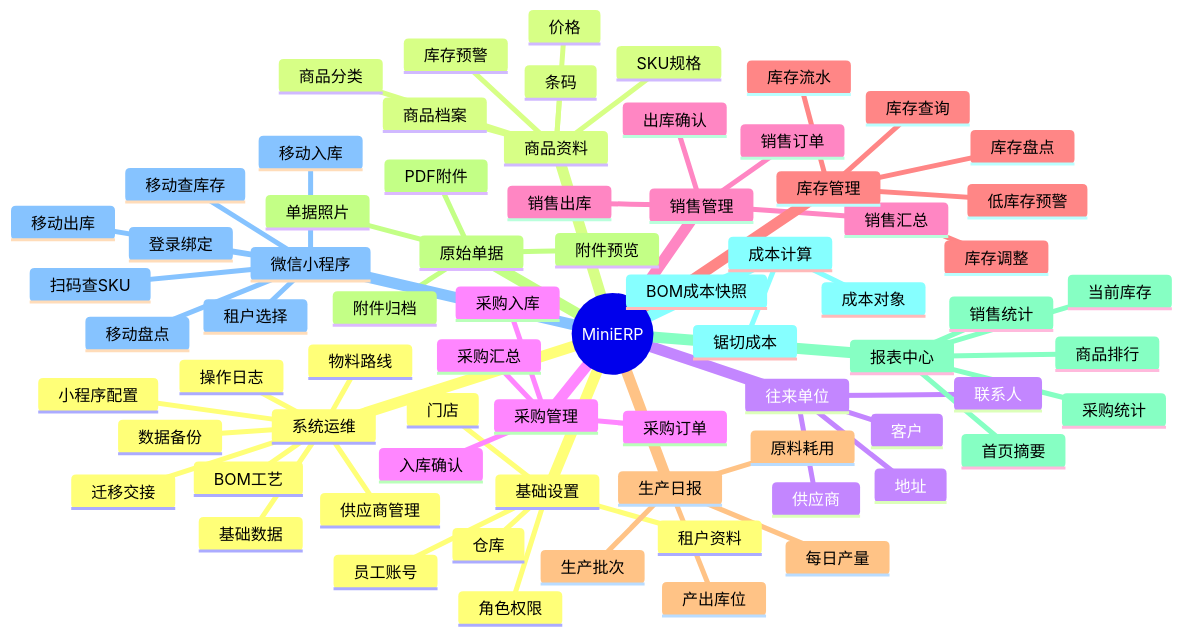
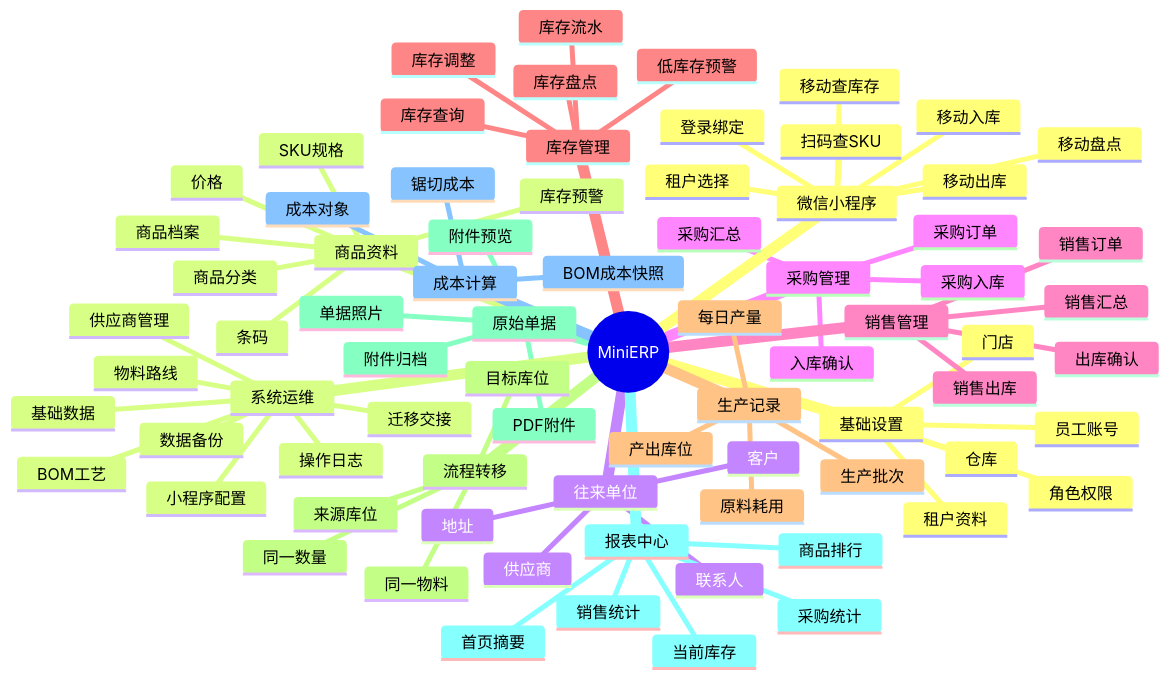
The first of 4 diagrams in docs/minierp/feature-model.md (goldf2/mes-lite), drawn with Mermaid before and after one commit. The commit also changed other lines of this file and 31 other files, not shown here.

Commit message:
feat: separate production records and flow transfers

````diff
--- a/docs/minierp/feature-model.md
+++ b/docs/minierp/feature-model.md
@@ -38,75 +39,80 @@
 ```mermaid
 mindmap
   root((MiniERP))
     基础设置
       租户资料
       员工账号
       角色权限
       门店
       仓库
     商品资料
       商品分类
       商品档案
       SKU规格
       条码
       价格
       库存预警
     往来单位
       客户
       供应商
       联系人
       地址
     采购管理
       采购订单
       采购入库
       入库确认
       采购汇总
     销售管理
       销售订单
       销售出库
       出库确认
       销售汇总
     库存管理
       库存查询
       库存流水
       库存盘点
       库存调整
       低库存预警
-    生产日报
+    生产记录
       每日产量
       产出库位
       原料耗用
       生产批次
+    流程转移
+      同一物料
+      同一数量
+      来源库位
+      目标库位
     原始单据
       单据照片
       PDF附件
       附件预览
       附件归档
     报表中心
       首页摘要
       当前库存
       采购统计
       销售统计
       商品排行
     成本计算
       锯切成本
       成本对象
       BOM成本快照
     微信小程序
       登录绑定
       租户选择
       移动查库存
       扫码查SKU
       移动入库
       移动出库
       移动盘点
     系统运维
       基础数据
       供应商管理
       物料路线
       BOM工艺
       小程序配置
       数据备份
       操作日志
       迁移交接
 ```
````
